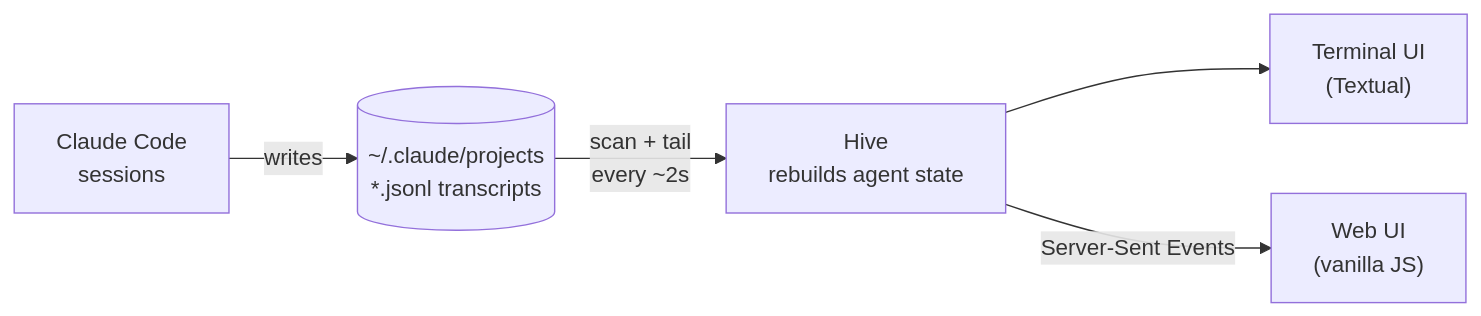
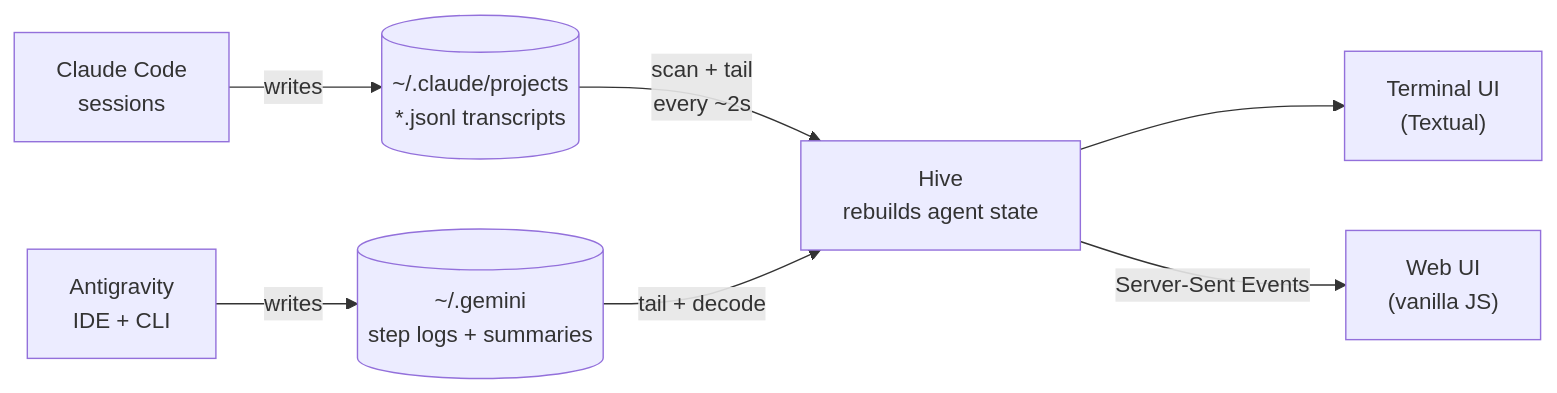
One commit to medeirosdev/SpecOps-Agents changed the diagram in README.md. Above: the diagram before and after it, drawn with Mermaid. The commit also changed other lines of this file and 11 other files, not shown here.

First line of the commit message:
Show Antigravity IDE and CLI agents alongside Claude Code

````diff
--- a/README.md
+++ b/README.md
@@ -163,7 +205,9 @@
 ```mermaid
 flowchart LR
     CC["Claude Code<br/>sessions"] -- writes --> T[("~/.claude/projects<br/>*.jsonl transcripts")]
     T -- "scan + tail<br/>every ~2s" --> H["Hive<br/>rebuilds agent state"]
+    AG["Antigravity<br/>IDE + CLI"] -- writes --> L[("~/.gemini<br/>step logs + summaries")]
+    L -- "tail + decode" --> H
     H --> TUI["Terminal UI<br/>(Textual)"]
     H -- "Server-Sent Events" --> WEB["Web UI<br/>(vanilla JS)"]
 ```
````
